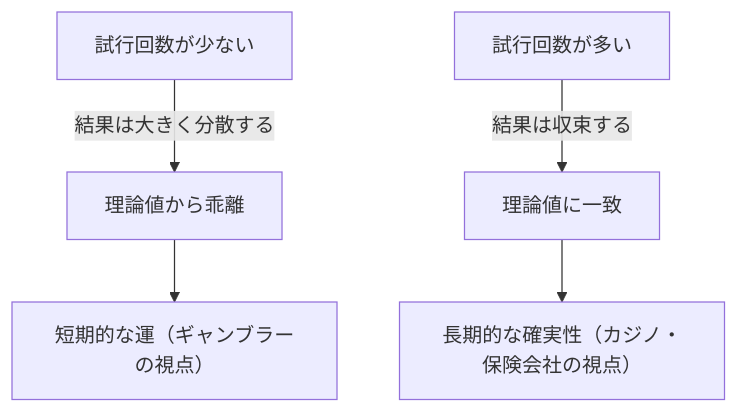
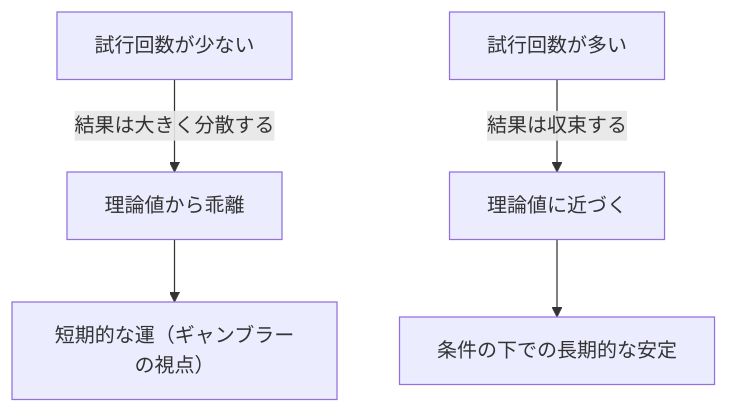
Before and after one commit to kenjinote/blog: the first of 2 diagrams in content/post/law-of-large-numbers/index.md, drawn with Mermaid. The commit also changed other lines of this file and 12 other files, not shown here.

````diff
--- a/content/post/law-of-large-numbers/index.md
+++ b/content/post/law-of-large-numbers/index.md
@@ -30,7 +30,7 @@
 ```mermaid
 graph TD
     A["試行回数が少ない"] -->|"結果は大きく分散する"| B["理論値から乖離"]
-    C["試行回数が多い"] -->|"結果は収束する"| D["理論値に一致"]
+    C["試行回数が多い"] -->|"結果は収束する"| D["理論値に近づく"]
     B --> E["短期的な運（ギャンブラーの視点）"]
-    D --> F["長期的な確実性（カジノ・保険会社の視点）"]
+    D --> F["条件の下での長期的な安定"]
 ```
````
